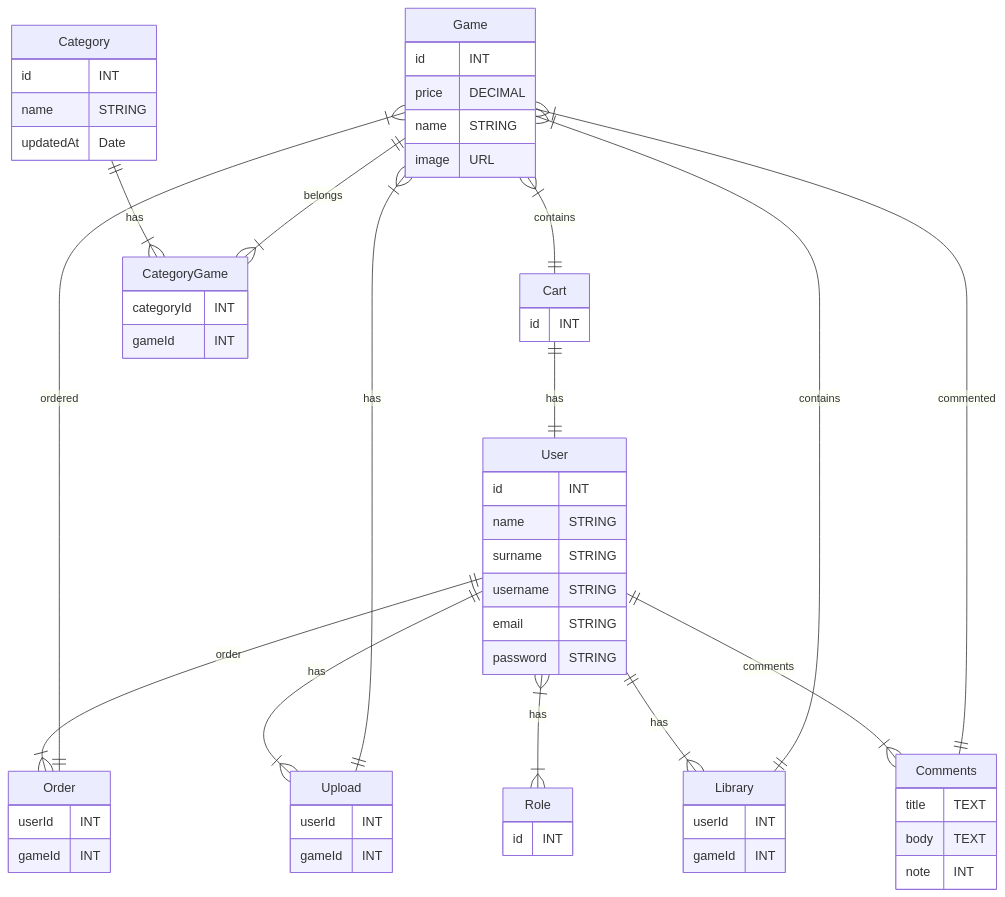
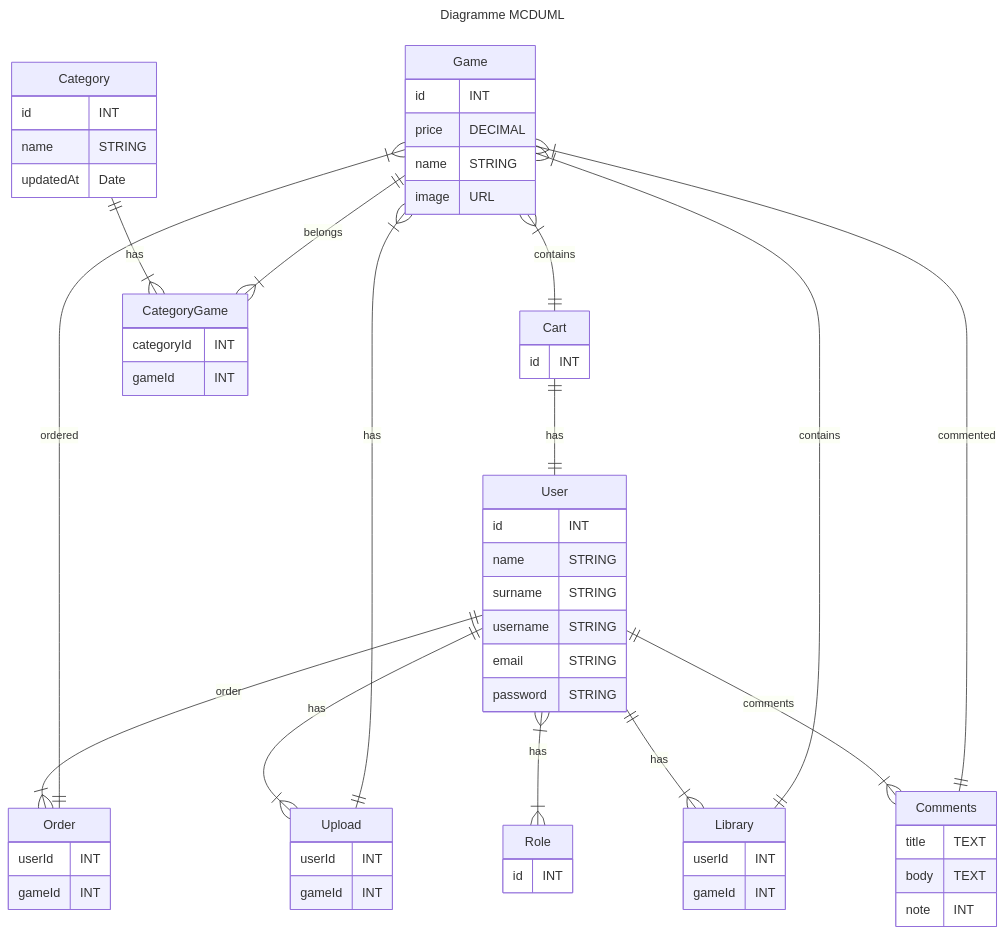
Before and after one commit to JameS-Gmz/api-Rest: the first of 2 diagrams in README.md, drawn with Mermaid. The commit also changed other lines of this file, not shown here.

`````diff
--- a/README.md
+++ b/README.md
@@ -40,4 +42,7 @@
 ````mermaid
+--- 
+title : Diagramme MCDUML
+---
  erDiagram
  
 Game
`````
